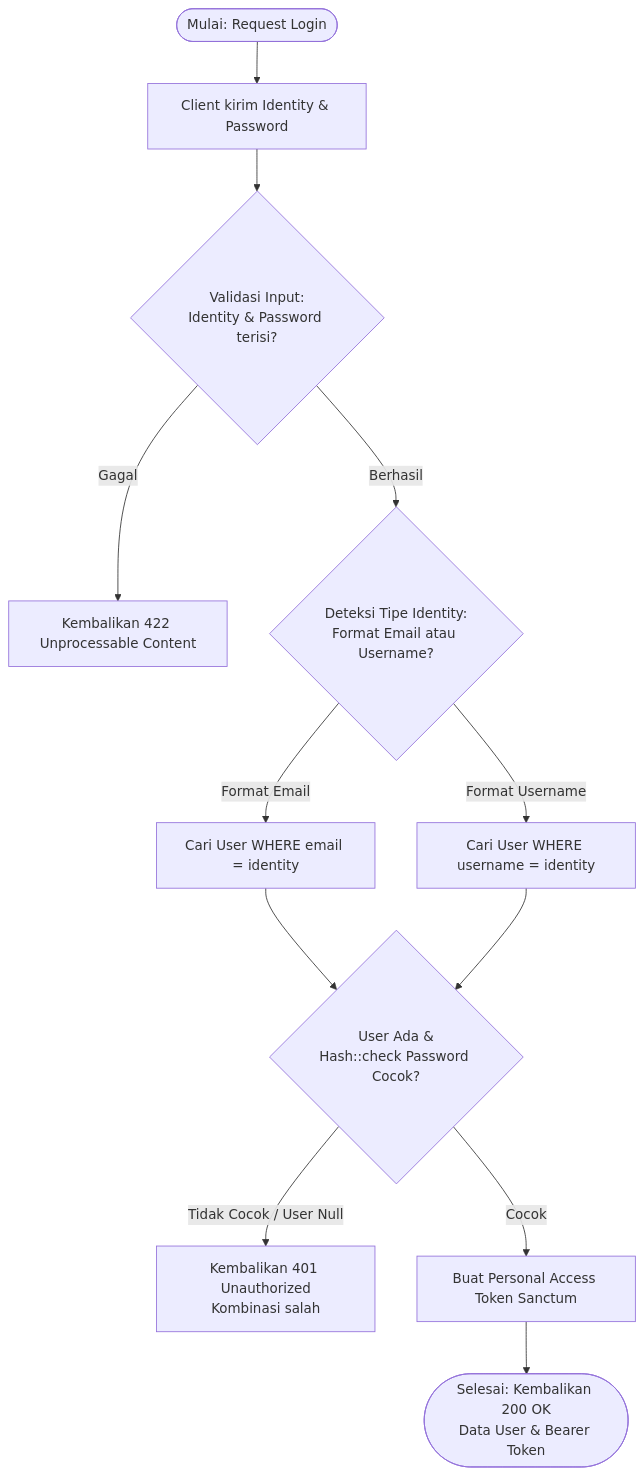
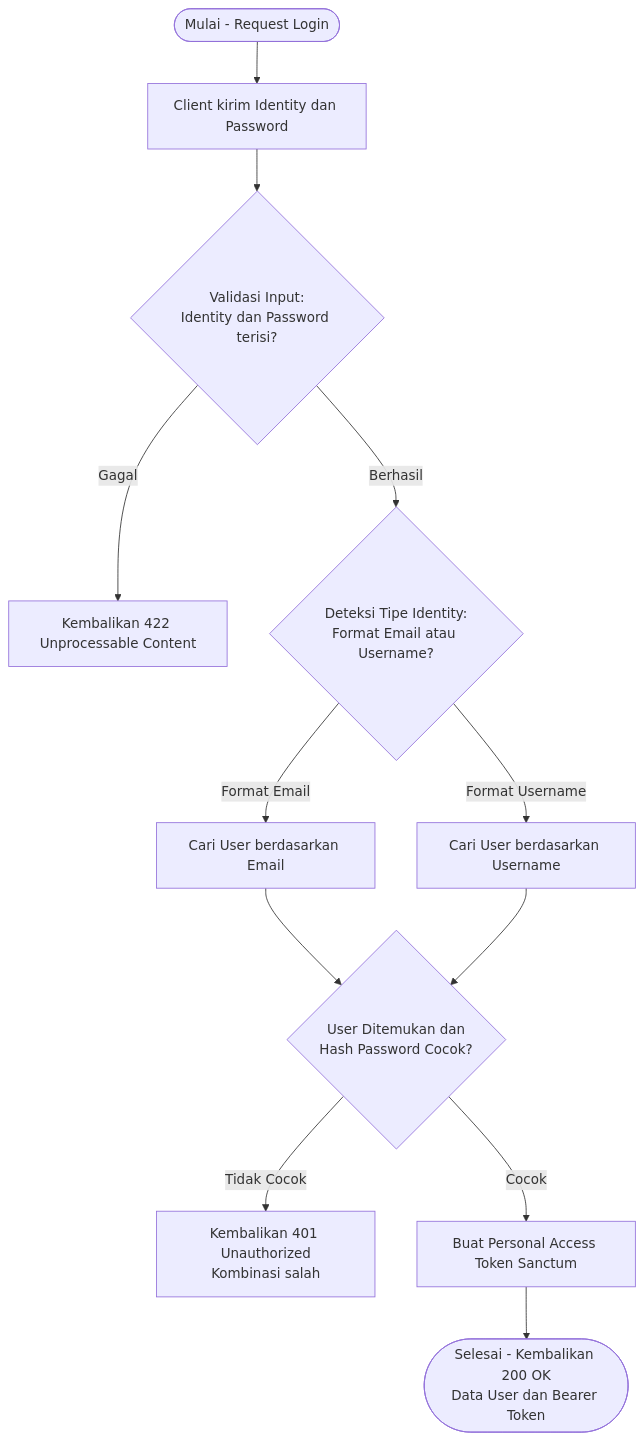
One commit to nabilkencana/Laravel-UKL changed the fifth of 10 diagrams in README.md. Above: the diagram before and after it, drawn with Mermaid. The commit also changed other lines of this file, not shown here.

Commit message:
Update README.md; improve clarity in sequence diagrams and flowcharts for user authentication processes

````diff
--- a/README.md
+++ b/README.md
@@ -368,14 +367,14 @@
 ```mermaid
 flowchart TD
-    A([Mulai: Request Login]) --> B[Client kirim Identity & Password]
-    B --> C{Validasi Input:<br/>Identity & Password terisi?}
-    C -- Gagal --> D[Kembalikan 422 Unprocessable Content]
-    C -- Berhasil --> E{Deteksi Tipe Identity:<br/>Format Email atau Username?}
-    E -- Format Email --> F1[Cari User WHERE email = identity]
-    E -- Format Username --> F2[Cari User WHERE username = identity]
-    F1 --> G{User Ada &<br/>Hash::check Password Cocok?}
+    A(["Mulai - Request Login"]) --> B["Client kirim Identity dan Password"]
+    B --> C{"Validasi Input:<br/>Identity dan Password terisi?"}
+    C -- Gagal --> D["Kembalikan 422 Unprocessable Content"]
+    C -- Berhasil --> E{"Deteksi Tipe Identity:<br/>Format Email atau Username?"}
+    E -- Format Email --> F1["Cari User berdasarkan Email"]
+    E -- Format Username --> F2["Cari User berdasarkan Username"]
+    F1 --> G{"User Ditemukan dan<br/>Hash Password Cocok?"}
     F2 --> G
-    G -- Tidak Cocok / User Null --> H[Kembalikan 401 Unauthorized<br/>Kombinasi salah]
-    G -- Cocok --> I[Buat Personal Access Token Sanctum]
-    I --> J([Selesai: Kembalikan 200 OK<br/>Data User & Bearer Token])
+    G -- Tidak Cocok --> H["Kembalikan 401 Unauthorized<br/>Kombinasi salah"]
+    G -- Cocok --> I["Buat Personal Access Token Sanctum"]
+    I --> J(["Selesai - Kembalikan 200 OK<br/>Data User dan Bearer Token"])
 ```
````
